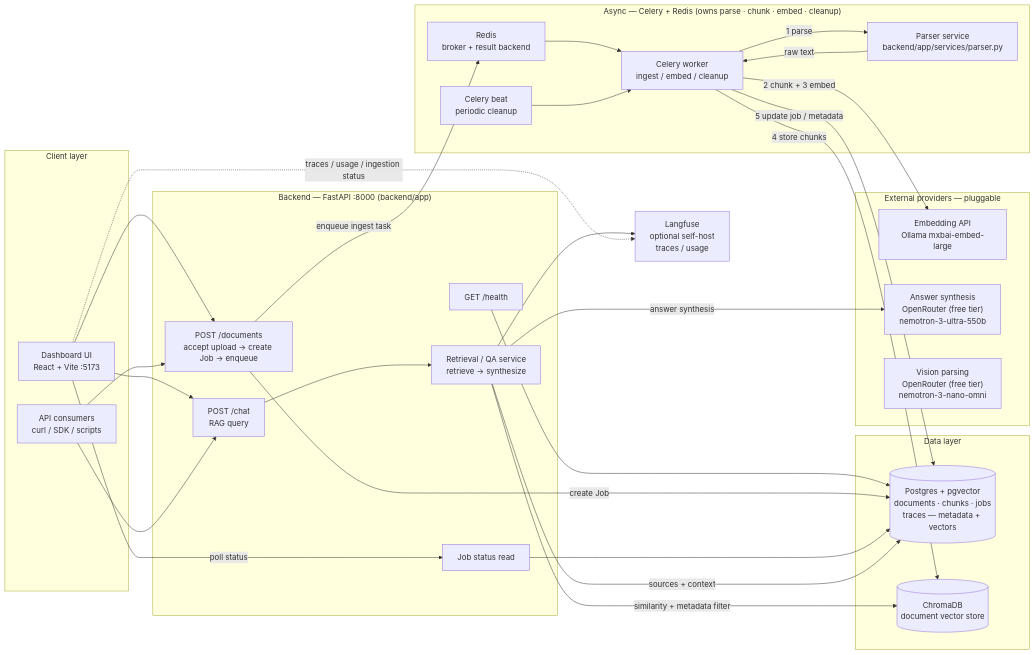
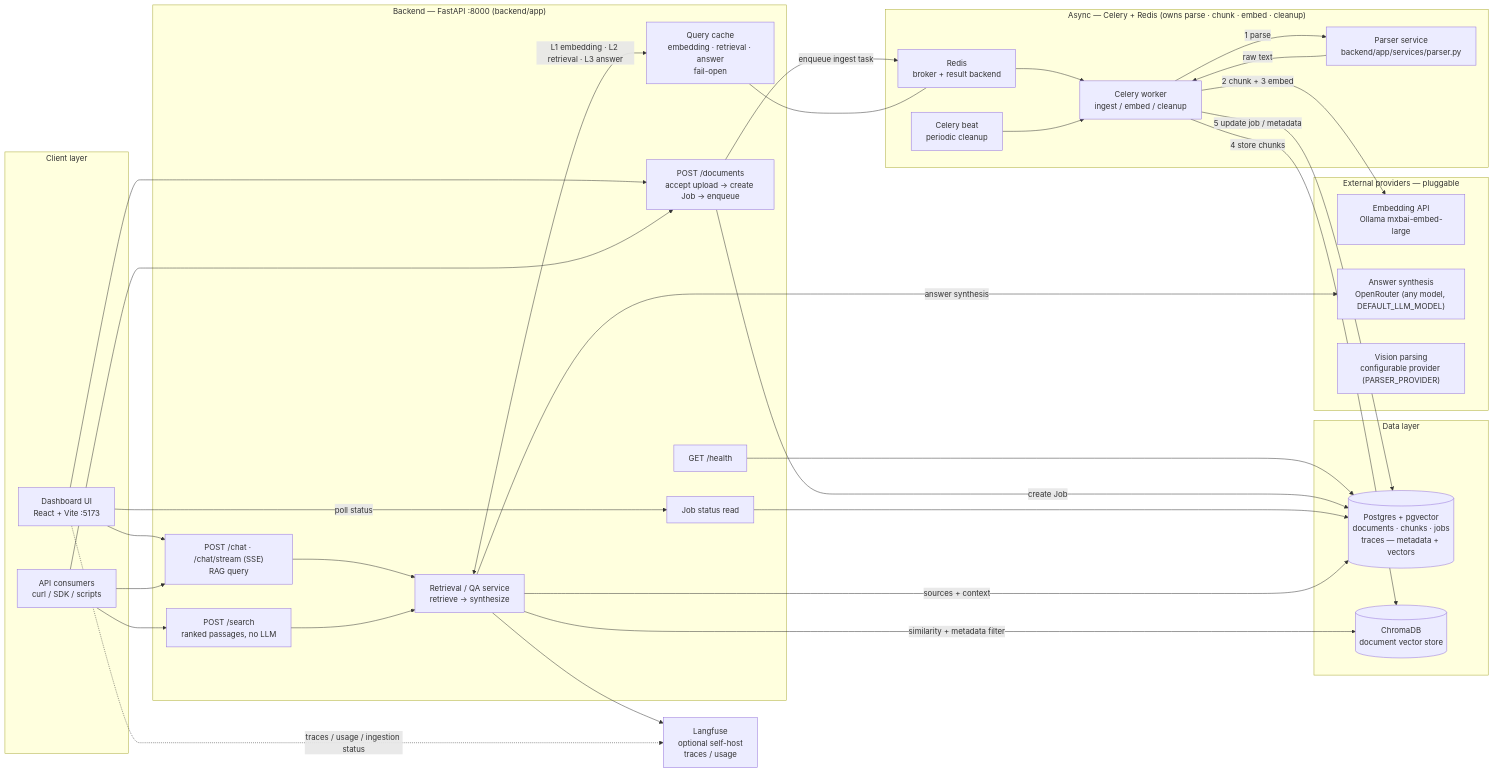
Before and after one commit to aayushjoshi-12/rag-pipeline: the diagram in docs/architecture.md, drawn with Mermaid. The commit also changed other lines of this file and 2 other files, not shown here.

Commit message:
docs: refresh README/architecture for cache, /v1, streaming; add docs index
README API table now notes the /v1 prefix and lists /chat/stream, /capabilities and /cache/*; test counts updated. architecture.md shows the search endpoint, query cache and current provider wording. docs/README.md indexes every doc and explains the generated JSON files (openapi snapshot, the intentionally empty breaking-change ack list, raw benchmark data).

````diff
--- a/docs/architecture.md
+++ b/docs/architecture.md
@@ -7,63 +7,69 @@
 ```mermaid
 flowchart LR
     subgraph CLIENT["Client layer"]
         UI["Dashboard UI<br/>React + Vite :5173"]
         USER["API consumers<br/>curl / SDK / scripts"]
     end
 
     subgraph API["Backend — FastAPI :8000 (backend/app)"]
         RDOC["POST /documents<br/>accept upload → create Job → enqueue"]
-        RCHAT["POST /chat<br/>RAG query"]
+        RCHAT["POST /chat · /chat/stream (SSE)<br/>RAG query"]
+        RSEARCH["POST /search<br/>ranked passages, no LLM"]
+        CACHE["Query cache<br/>embedding · retrieval · answer<br/>fail-open"]
         RHEALTH["GET /health"]
         SVC_QA["Retrieval / QA service<br/>retrieve → synthesize"]
         JOBDB["Job status read"]
     end
 
     subgraph ASYNC["Async — Celery + Redis (owns parse · chunk · embed · cleanup)"]
         BROKER["Redis<br/>broker + result backend"]
         WORKER["Celery worker<br/>ingest / embed / cleanup"]
         BEAT["Celery beat<br/>periodic cleanup"]
         PARSER["Parser service<br/>backend/app/services/parser.py"]
     end
 
     subgraph DATA["Data layer"]
         PG[("Postgres + pgvector<br/>documents · chunks · jobs<br/>traces — metadata + vectors")]
         CHROMA[("ChromaDB<br/>document vector store")]
     end
 
     subgraph PROVIDERS["External providers — pluggable"]
         EMB["Embedding API<br/>Ollama mxbai-embed-large"]
-        LLM["Answer synthesis<br/>OpenRouter (free tier)<br/>nemotron-3-ultra-550b"]
-        VIS["Vision parsing<br/>OpenRouter (free tier)<br/>nemotron-3-nano-omni"]
+        LLM["Answer synthesis<br/>OpenRouter (any model, DEFAULT_LLM_MODEL)"]
+        VIS["Vision parsing<br/>configurable provider (PARSER_PROVIDER)"]
     end
 
     OBS["Langfuse<br/>optional self-host<br/>traces / usage"]
 
     UI --> RDOC
     UI --> RCHAT
     USER --> RDOC
     USER --> RCHAT
+    USER --> RSEARCH
     RHEALTH --> PG
 
     %% —— Ingest path（1）：API only accepts, the worker does the work ——
     RDOC -->|create Job| PG
     RDOC -->|enqueue ingest task| BROKER
     BROKER --> WORKER
     BEAT --> WORKER
     WORKER -->|1 parse| PARSER
     PARSER -->|raw text| WORKER
     WORKER -->|2 chunk + 3 embed| EMB
     WORKER -->|4 store chunks| CHROMA
     WORKER -->|5 update job / metadata| PG
     UI -->|poll status| JOBDB
     JOBDB --> PG
 
     %% —— Query path（2） ——
     RCHAT --> SVC_QA
+    RSEARCH --> SVC_QA
+    SVC_QA <-->|L1 embedding · L2 retrieval · L3 answer| CACHE
+    CACHE --- BROKER
     SVC_QA -->|similarity + metadata filter| CHROMA
     SVC_QA -->|sources + context| PG
     SVC_QA -->|answer synthesis| LLM
     SVC_QA --> OBS
 
     UI -.->|traces / usage / ingestion status| OBS
 ```
````
